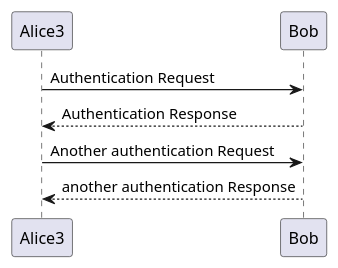
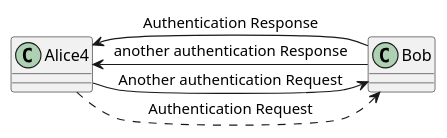
Before and after one commit to i-kay/plantuml-test: the diagram in src/example-uml.iuml, drawn with PlantUML. The commit also changed 1 other file, not shown here.

```diff
--- a/src/example-uml.iuml
+++ b/src/example-uml.iuml
@@ -1,7 +1,7 @@
 @startuml
-Alice3 -> Bob: Authentication Request
-Bob --> Alice3: Authentication Response
+Alice4 ..> Bob: Authentication Request
+Bob --> Alice4: Authentication Response
 
-Alice3 -> Bob: Another authentication Request
-Alice3 <-- Bob: another authentication Response
+Alice4 -> Bob: Another authentication Request
+Alice4 <-- Bob: another authentication Response
 @enduml
```
